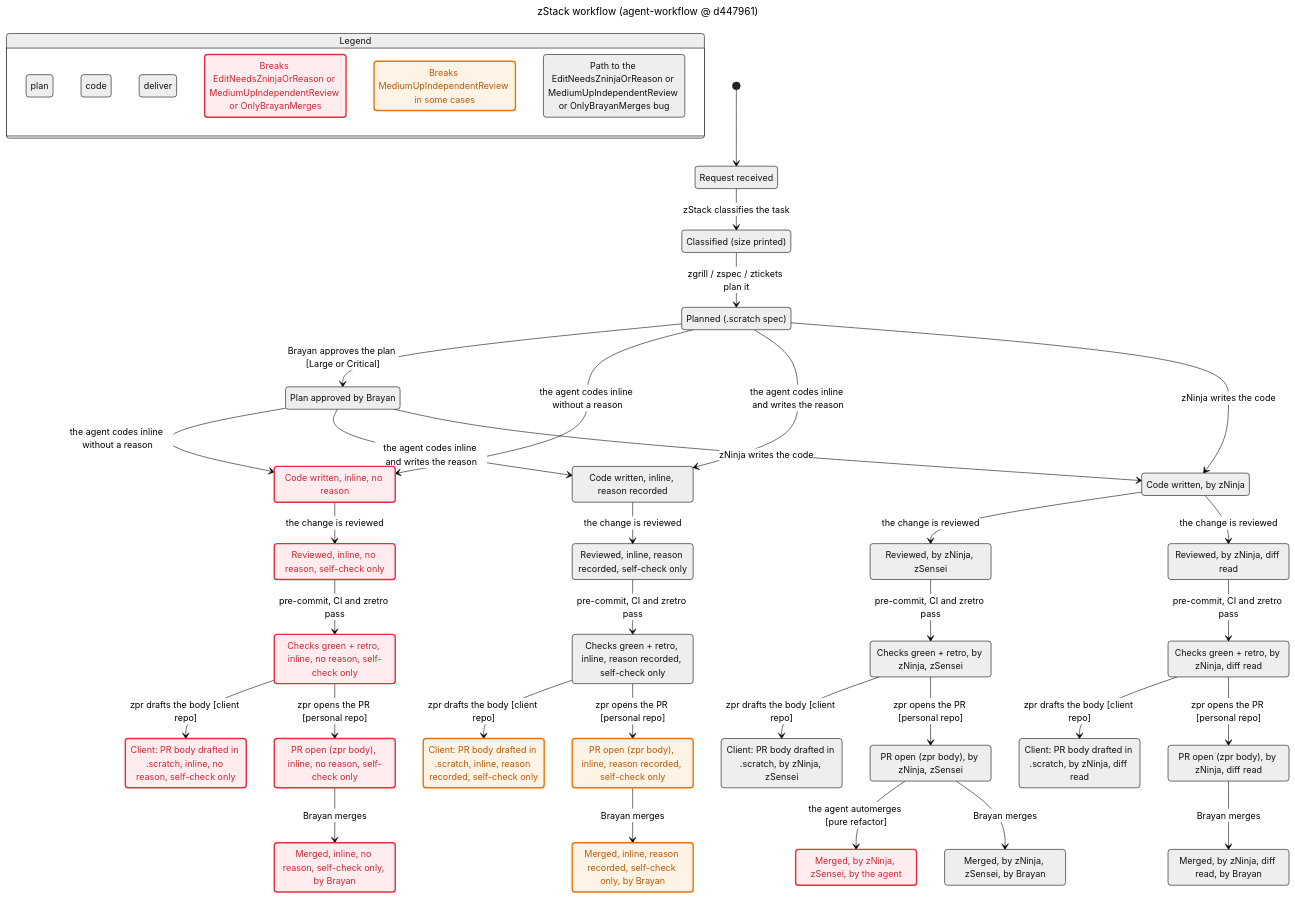
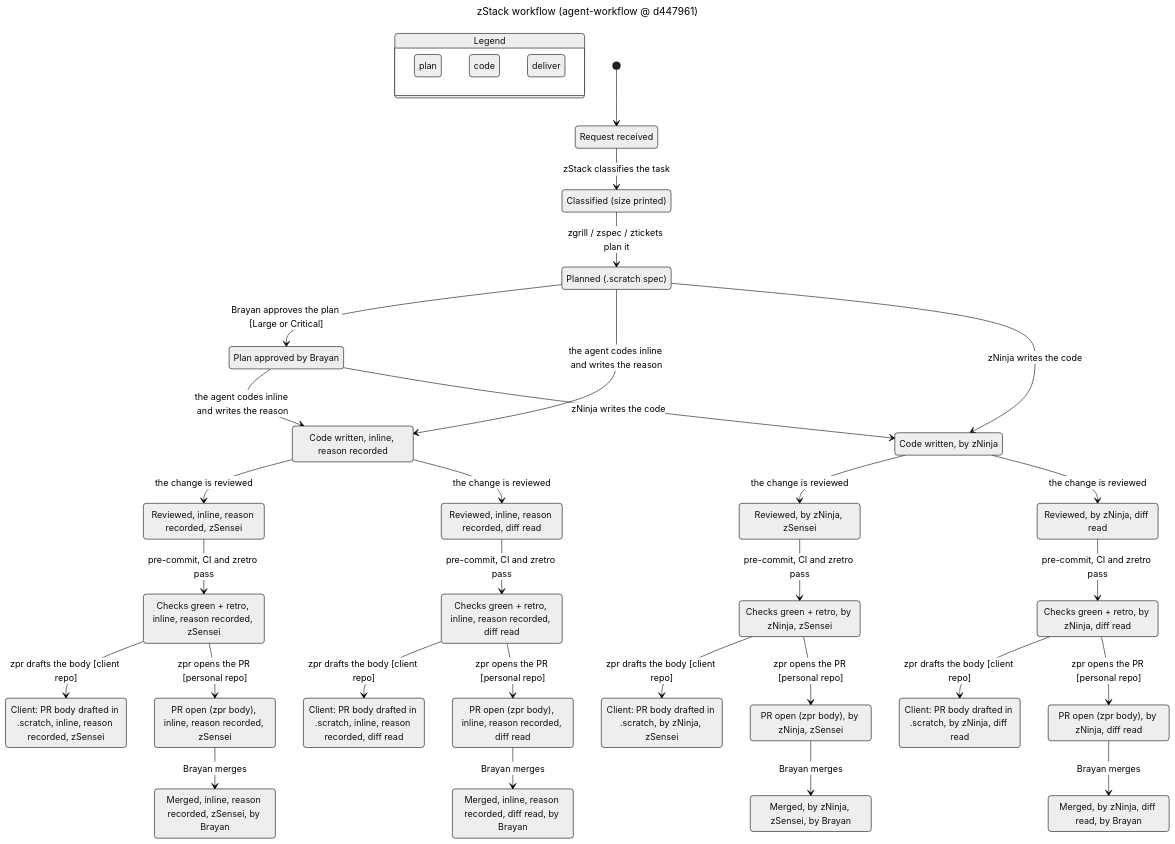
One commit to Byevenes/agent-workflow changed the diagram in docs/statechart/chart.mmd. Above: the diagram before and after it, drawn with Mermaid (neutral theme). The commit also changed 15 other files, not shown here.

First line of the commit message:
zstack: option B review, no agent merge, route-audit fails on leaks (#13)

```diff
--- a/docs/statechart/chart.mmd
+++ b/docs/statechart/chart.mmd
@@ -1,130 +1,92 @@
 ---
 title: "zStack workflow (agent-workflow @ d447961)"
 ---
 stateDiagram-v2
   state "Legend" as legend {
     lg0: plan
     lg1: code
     lg2: deliver
-    lg3: Breaks EditNeedsZninjaOrReason or MediumUpIndependentReview or OnlyBrayanMerges
-    lg4: Breaks MediumUpIndependentReview in some cases
-    lg5: Path to the EditNeedsZninjaOrReason or MediumUpIndependentReview or OnlyBrayanMerges bug
   }
   class lg0 blue
   class lg1 orange
   class lg2 teal
-  class lg3 breaks
-  class lg4 mayBreak
-  class lg5 bugPath
   s0: Request received
   s1: Classified (size printed)
   s2: Planned (.scratch spec)
   s3: Plan approved by Brayan
-  s4: Code written, inline, no reason
-  s5: Code written, inline, reason recorded
-  s6: Code written, by zNinja
-  s7: Reviewed, inline, no reason, self-check only
-  s8: Reviewed, inline, reason recorded, self-check only
-  s9: Reviewed, by zNinja, diff read
-  s10: Reviewed, by zNinja, zSensei
-  s11: Checks green + retro, inline, no reason, self-check only
-  s12: Checks green + retro, inline, reason recorded, self-check only
-  s13: Checks green + retro, by zNinja, diff read
-  s14: Checks green + retro, by zNinja, zSensei
-  s15: Client: PR body drafted in .scratch, inline, no reason, self-check only
-  s16: Client: PR body drafted in .scratch, inline, reason recorded, self-check only
-  s17: Client: PR body drafted in .scratch, by zNinja, diff read
-  s18: Client: PR body drafted in .scratch, by zNinja, zSensei
-  s19: PR open (zpr body), inline, no reason, self-check only
-  s20: PR open (zpr body), inline, reason recorded, self-check only
-  s21: PR open (zpr body), by zNinja, diff read
-  s22: PR open (zpr body), by zNinja, zSensei
-  s23: Merged, inline, no reason, self-check only, by Brayan
-  s24: Merged, inline, reason recorded, self-check only, by Brayan
-  s25: Merged, by zNinja, diff read, by Brayan
-  s26: Merged, by zNinja, zSensei, by the agent
-  s27: Merged, by zNinja, zSensei, by Brayan
+  s4: Code written, inline, reason recorded
+  s5: Code written, by zNinja
+  s6: Reviewed, inline, reason recorded, diff read
+  s7: Reviewed, inline, reason recorded, zSensei
+  s8: Reviewed, by zNinja, diff read
+  s9: Reviewed, by zNinja, zSensei
+  s10: Checks green + retro, inline, reason recorded, diff read
+  s11: Checks green + retro, inline, reason recorded, zSensei
+  s12: Checks green + retro, by zNinja, diff read
+  s13: Checks green + retro, by zNinja, zSensei
+  s14: Client: PR body drafted in .scratch, inline, reason recorded, diff read
+  s15: Client: PR body drafted in .scratch, inline, reason recorded, zSensei
+  s16: Client: PR body drafted in .scratch, by zNinja, diff read
+  s17: Client: PR body drafted in .scratch, by zNinja, zSensei
+  s18: PR open (zpr body), inline, reason recorded, diff read
+  s19: PR open (zpr body), inline, reason recorded, zSensei
+  s20: PR open (zpr body), by zNinja, diff read
+  s21: PR open (zpr body), by zNinja, zSensei
+  s22: Merged, inline, reason recorded, diff read, by Brayan
+  s23: Merged, inline, reason recorded, zSensei, by Brayan
+  s24: Merged, by zNinja, diff read, by Brayan
+  s25: Merged, by zNinja, zSensei, by Brayan
   [*] --> s0
   s0 --> s1: zStack classifies the task
   s1 --> s2: zgrill / zspec / ztickets plan it
   s2 --> s3: Brayan approves the plan [Large or Critical]
-  s2 --> s4: the agent codes inline without a reason
-  s2 --> s5: the agent codes inline and writes the reason
-  s2 --> s6: zNinja writes the code
-  s3 --> s4: the agent codes inline without a reason
-  s3 --> s5: the agent codes inline and writes the reason
-  s3 --> s6: zNinja writes the code
+  s2 --> s4: the agent codes inline and writes the reason
+  s2 --> s5: zNinja writes the code
+  s3 --> s4: the agent codes inline and writes the reason
+  s3 --> s5: zNinja writes the code
   s4 --> s7: the change is reviewed
+  s4 --> s6: the change is reviewed
+  s5 --> s9: the change is reviewed
   s5 --> s8: the change is reviewed
-  s6 --> s10: the change is reviewed
-  s6 --> s9: the change is reviewed
+  s6 --> s10: pre-commit, CI and zretro pass
   s7 --> s11: pre-commit, CI and zretro pass
   s8 --> s12: pre-commit, CI and zretro pass
   s9 --> s13: pre-commit, CI and zretro pass
-  s10 --> s14: pre-commit, CI and zretro pass
+  s10 --> s14: zpr drafts the body [client repo]
   s11 --> s15: zpr drafts the body [client repo]
   s12 --> s16: zpr drafts the body [client repo]
   s13 --> s17: zpr drafts the body [client repo]
-  s14 --> s18: zpr drafts the body [client repo]
+  s10 --> s18: zpr opens the PR [personal repo]
   s11 --> s19: zpr opens the PR [personal repo]
   s12 --> s20: zpr opens the PR [personal repo]
   s13 --> s21: zpr opens the PR [personal repo]
-  s14 --> s22: zpr opens the PR [personal repo]
+  s18 --> s22: Brayan merges
   s19 --> s23: Brayan merges
   s20 --> s24: Brayan merges
   s21 --> s25: Brayan merges
-  s22 --> s26: the agent automerges [pure refactor]
-  s22 --> s27: Brayan merges
-  classDef breaks fill:#ffecee,stroke:#e72e3b,stroke-width:2.5px,color:#cd2834
-  classDef mayBreak fill:#fff3e6,stroke:#e8730c,stroke-width:2.5px,color:#b85a06
   class s0 blue
-  class s0 bugPath
   class s1 blue
-  class s1 bugPath
   class s2 blue
-  class s2 bugPath
   class s3 blue
   class s4 orange
-  class s4 breaks
-  class s4 bugPath
   class s5 orange
-  class s5 bugPath
   class s6 orange
-  class s6 bugPath
   class s7 orange
-  class s7 breaks
   class s8 orange
-  class s8 bugPath
   class s9 orange
-  class s10 orange
-  class s10 bugPath
+  class s10 teal
   class s11 teal
-  class s11 breaks
   class s12 teal
-  class s12 bugPath
   class s13 teal
   class s14 teal
-  class s14 bugPath
   class s15 teal
-  class s15 breaks
   class s16 teal
-  class s16 mayBreak
   class s17 teal
   class s18 teal
   class s19 teal
-  class s19 breaks
   class s20 teal
-  class s20 mayBreak
-  class s20 bugPath
   class s21 teal
   class s22 teal
-  class s22 bugPath
   class s23 teal
-  class s23 breaks
   class s24 teal
-  class s24 mayBreak
   class s25 teal
-  class s26 teal
-  class s26 breaks
-  class s26 bugPath
-  class s27 teal
```
